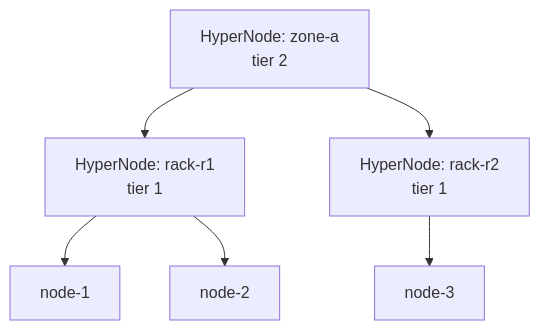
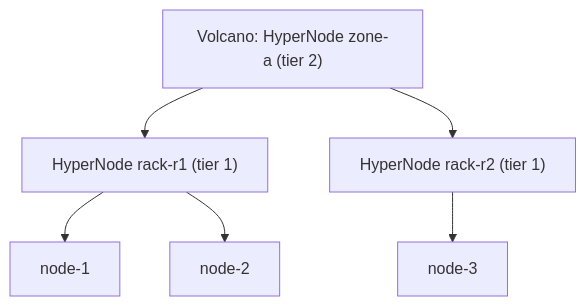
Before and after one commit to JesseStutler/volcano: the seventh of 11 diagrams in docs/research/k8s-workload-aware-scheduling-vs-volcano.md, drawn with Mermaid. The commit also changed other lines of this file and 1 other file, not shown here.

First line of the commit message:
docs: tighten report for sharing and add single-Pod vs PodGroup flow

````diff
--- a/docs/research/k8s-workload-aware-scheduling-vs-volcano.md
+++ b/docs/research/k8s-workload-aware-scheduling-vs-volcano.md
@@ -374,14 +289,14 @@
 ```mermaid
 flowchart TD
-    H2["HyperNode: zone-a<br/>tier 2"]
-    H11["HyperNode: rack-r1<br/>tier 1"]
-    H12["HyperNode: rack-r2<br/>tier 1"]
+    H2["Volcano: HyperNode zone-a (tier 2)"]
+    H11["HyperNode rack-r1 (tier 1)"]
+    H12["HyperNode rack-r2 (tier 1)"]
     VN1["node-1"]
     VN2["node-2"]
     VN3["node-3"]
     H2 --> H11
     H2 --> H12
     H11 --> VN1
     H11 --> VN2
     H12 --> VN3
 ```
````
